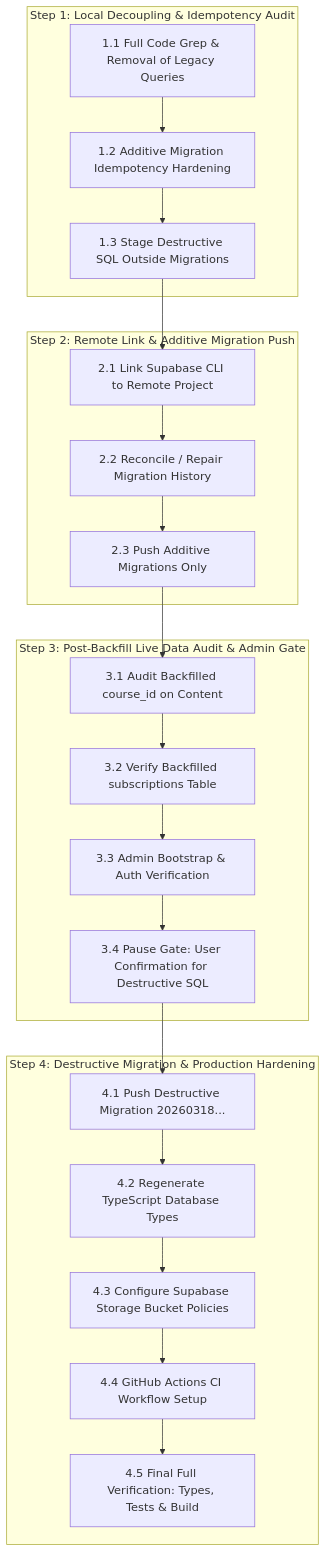
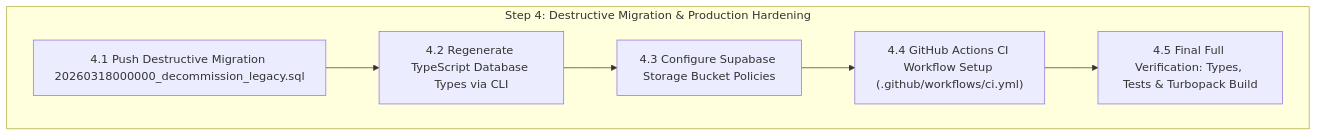
Before and after one commit to pranata-dev/bbn-website: the diagram in implementation.md, drawn with Mermaid. The commit also changed other lines of this file and 4 other files, not shown here.

Commit message:
docs(roadmap): update implementation.md with Step 1-3 live verification results

````diff
--- a/implementation.md
+++ b/implementation.md
@@ -112,37 +107,11 @@
 ```mermaid
 flowchart TD
-    subgraph Step 1: Local Decoupling & Idempotency Audit
-        S1_CODE["1.1 Full Code Grep & Removal of Legacy Queries"]
-        S1_MIG["1.2 Additive Migration Idempotency Hardening"]
-        S1_STG["1.3 Stage Destructive SQL Outside Migrations"]
-        S1_CODE --> S1_MIG --> S1_STG
-    end
-
-    subgraph Step 2: Remote Link & Additive Migration Push
-        S2_LNK["2.1 Link Supabase CLI to Remote Project"]
-        S2_REP["2.2 Reconcile / Repair Migration History"]
-        S2_PSH["2.3 Push Additive Migrations Only"]
-        S2_LNK --> S2_REP --> S2_PSH
-    end
-
-    subgraph Step 3: Post-Backfill Live Data Audit & Admin Gate
-        S3_BDT["3.1 Audit Backfilled course_id on Content"]
-        S3_SUB["3.2 Verify Backfilled subscriptions Table"]
-        S3_ADM["3.3 Admin Bootstrap & Auth Verification"]
-        S3_PAU["3.4 Pause Gate: User Confirmation for Destructive SQL"]
-        S3_BDT --> S3_SUB --> S3_ADM --> S3_PAU
-    end
-
     subgraph Step 4: Destructive Migration & Production Hardening
-        S4_DST["4.1 Push Destructive Migration 20260318..."]
-        S4_TYP["4.2 Regenerate TypeScript Database Types"]
+        S4_DST["4.1 Push Destructive Migration 20260318000000_decommission_legacy.sql"]
+        S4_TYP["4.2 Regenerate TypeScript Database Types via CLI"]
         S4_STG["4.3 Configure Supabase Storage Bucket Policies"]
-        S4_CIC["4.4 GitHub Actions CI Workflow Setup"]
-        S4_VER["4.5 Final Full Verification: Types, Tests & Build"]
+        S4_CIC["4.4 GitHub Actions CI Workflow Setup (.github/workflows/ci.yml)"]
+        S4_VER["4.5 Final Full Verification: Types, Tests & Turbopack Build"]
         S4_DST --> S4_TYP --> S4_STG --> S4_CIC --> S4_VER
     end
-
-    S1_STG --> S2_LNK
-    S2_PSH --> S3_BDT
-    S3_PAU --> S4_DST
 ```
````
